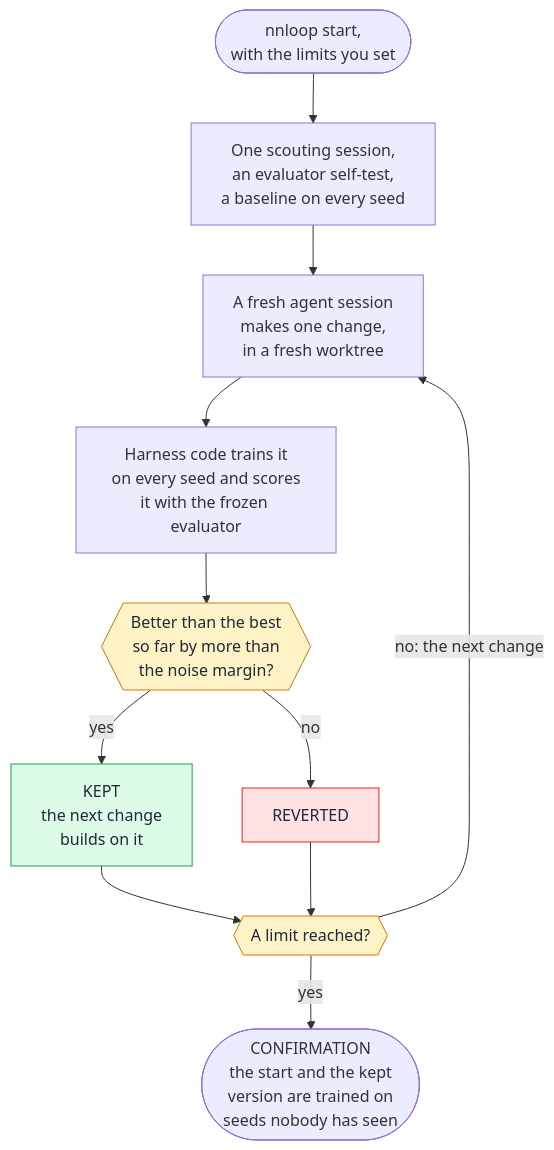
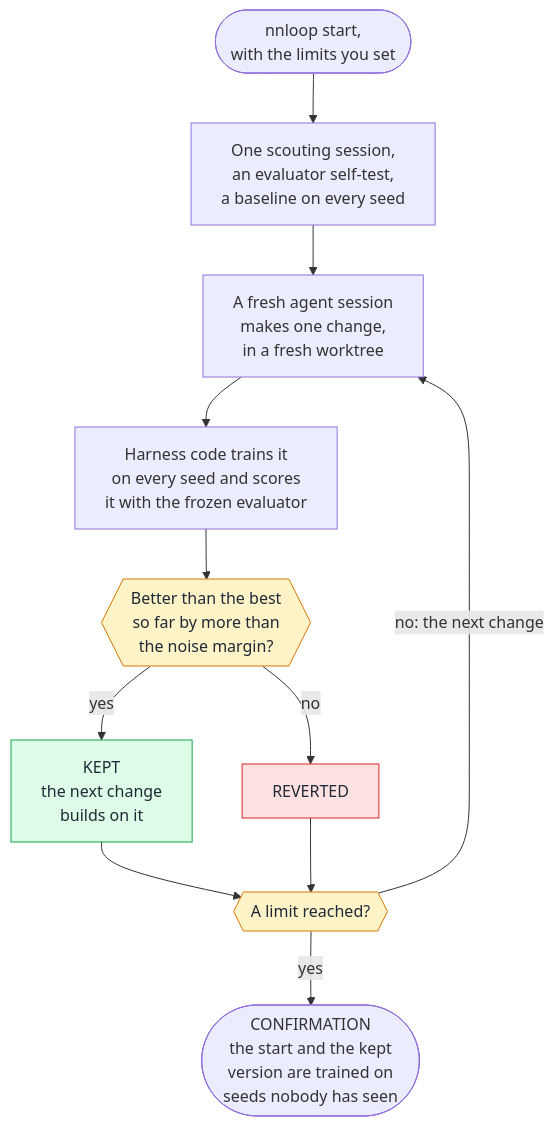
The fifth of 5 diagrams in docs/GUIDE.md (MrHashMe/nn-training-harness), drawn with Mermaid before and after one commit. The commit also changed other lines of this file and 1 other file, not shown here.

First line of the commit message:
README and guide: the flowcharts keep their own line breaks on GitHub

````diff
--- a/docs/GUIDE.md
+++ b/docs/GUIDE.md
@@ -542,19 +545,20 @@
 ```mermaid
+%%{init: {"flowchart": {"wrappingWidth": 400}}}%%
 flowchart TD
     start(["nnloop start,<br/>with the limits you set"]) --> base["One scouting session,<br/>an evaluator self-test,<br/>a baseline on every seed"]
     base --> it["A fresh agent session<br/>makes one change,<br/>in a fresh worktree"]
     it --> train["Harness code trains it<br/>on every seed and scores<br/>it with the frozen evaluator"]
     train --> dec{{"Better than the best<br/>so far by more than<br/>the noise margin?"}}
     dec -- "yes" --> keep["KEPT<br/>the next change<br/>builds on it"]
     dec -- "no" --> rev["REVERTED"]
     keep --> lim{{"A limit reached?"}}
     rev --> lim
     lim -- "no: the next change" --> it
     lim -- "yes" --> conf(["CONFIRMATION<br/>the start and the kept<br/>version are trained on<br/>seeds nobody has seen"])
     classDef good fill:#dcfce7,stroke:#16a34a,color:#1f2937
     classDef bad fill:#fee2e2,stroke:#dc2626,color:#1f2937
     classDef warn fill:#fef3c7,stroke:#d97706,color:#1f2937
     class keep good
     class rev bad
     class dec,lim warn
 ```
````
